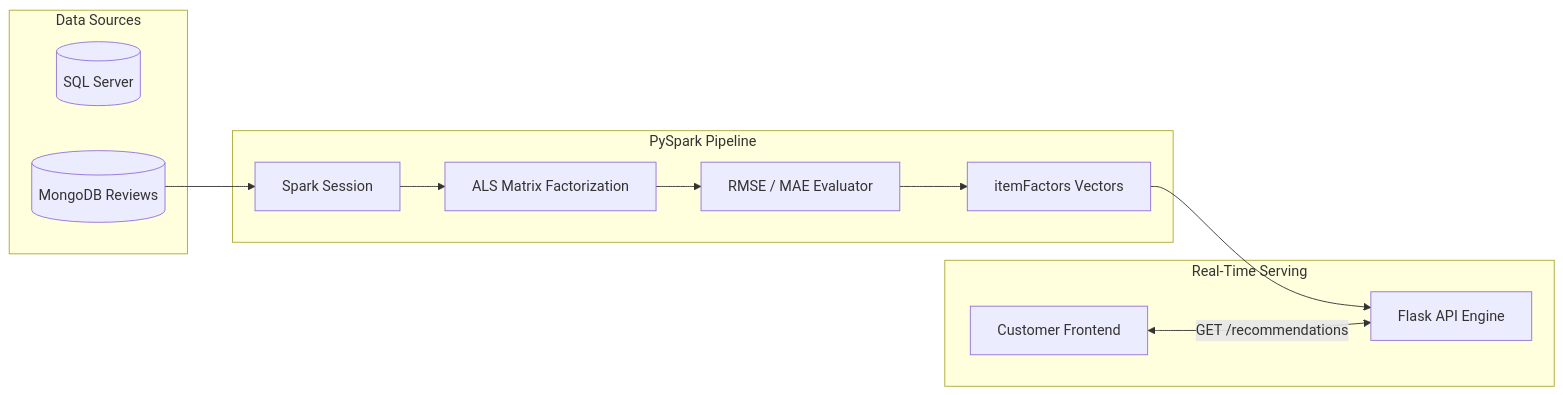
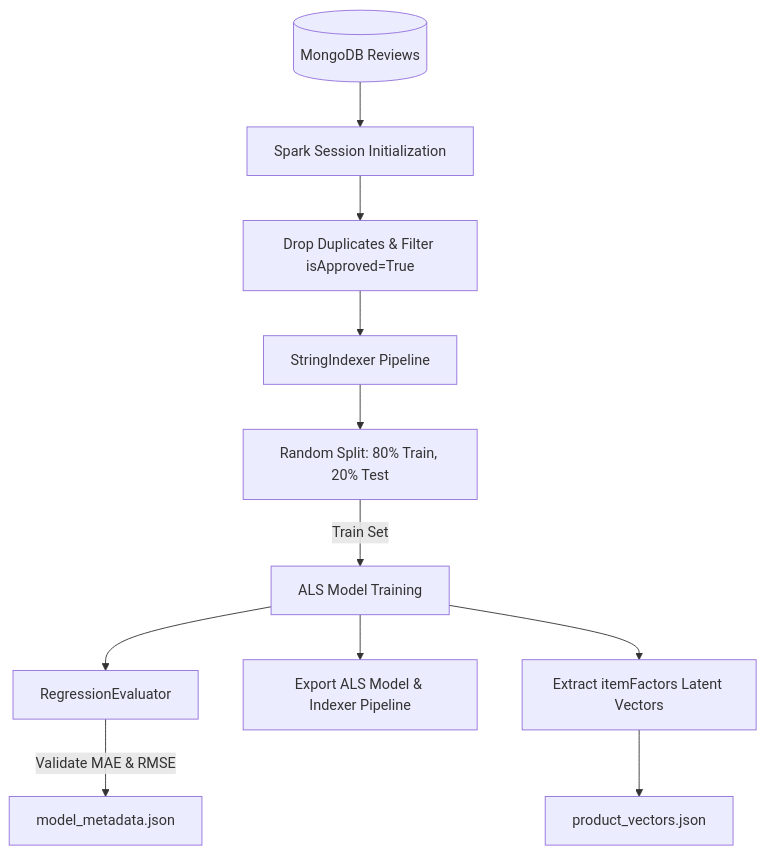
One commit to chuong1210/VShop changed the eighth of 10 diagrams in README.md. Above: the diagram before and after it, drawn with Mermaid. The commit also changed other lines of this file, not shown here.

Commit message:
docs: update README documentation to detail new Kafka, Redis, RAG agentic architecture, and dual-vector Elasticsearch implementation.

````diff
--- a/README.md
+++ b/README.md
@@ -219,19 +285,13 @@
 ```mermaid
-flowchart LR
-    subgraph Data Sources
-        SQL[(SQL Server)]
-        Mongo[(MongoDB Reviews)]
-    end
-    
-    subgraph PySpark Pipeline
-        Mongo --> Spark[Spark Session]
-        Spark --> ALS[ALS Matrix Factorization]
-        ALS --> Eval[RMSE / MAE Evaluator]
-        Eval --> Export[itemFactors Vectors]
-    end
-    
-    subgraph Real-Time Serving
-        Export --> API[Flask API Engine]
-        NextJS[Customer Frontend] <-->|GET /recommendations| API
-    end
+flowchart TD
+    RawMongo[(MongoDB Reviews)] --> Spark[Spark Session Initialization]
+    Spark --> Cleaning[Drop Duplicates & Filter isApproved=True]
+    Cleaning --> Indexers[StringIndexer Pipeline]
+    Indexers --> Split[Random Split: 80% Train, 20% Test]
+    Split -->|Train Set| ALSAlg[ALS Model Training]
+    ALSAlg --> Eval[RegressionEvaluator]
+    Eval -->|Validate MAE & RMSE| Stats[model_metadata.json]
+    ALSAlg --> Save[Export ALS Model & Indexer Pipeline]
+    ALSAlg --> Latent[Extract itemFactors Latent Vectors]
+    Latent --> JSON[product_vectors.json]
 ```
````
